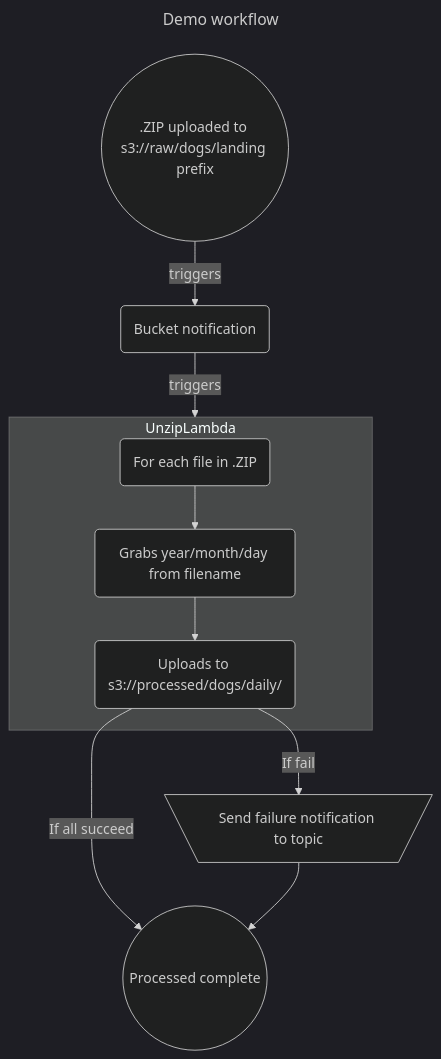
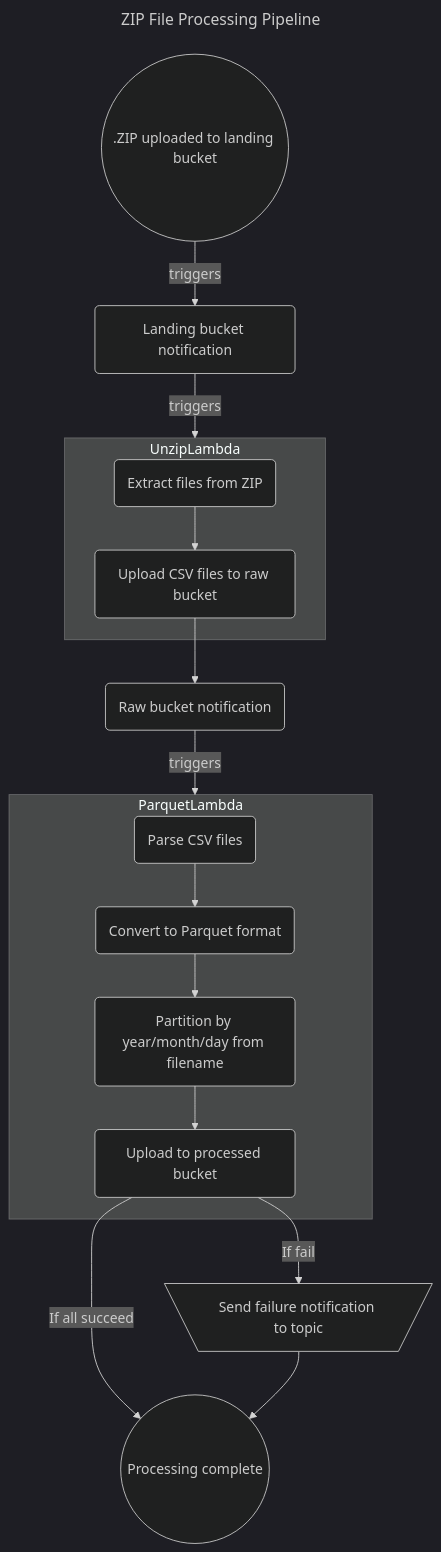
The second of 2 diagrams in README.md (sudoblark/sudoblark.terraform.modularised-demo), drawn with Mermaid (dark theme) before and after one commit. The commit also changed other lines of this file and 28 other files, not shown here.

````diff
--- a/README.md
+++ b/README.md
@@ -190,27 +287,39 @@
 ```mermaid
 ---
-title: Demo workflow
+title: ZIP File Processing Pipeline
 ---
 flowchart TD
-    start((.ZIP uploaded to s3://raw/dogs/landing prefix))
-    bucketNotification(Bucket notification)
+    start((.ZIP uploaded to landing bucket))
+    notification1(Landing bucket notification)
 
     subgraph UnzipLambda
-        lambdaStart(For each file in .ZIP)
-        startPartition(Grabs year/month/day from filename)
-        uploads(Uploads to s3://processed/dogs/daily/<partition>)
+        unzipStart(Extract files from ZIP)
+        uploadRaw(Upload CSV files to raw bucket)
+    end
 
+    notification2(Raw bucket notification)
+
+    subgraph ParquetLambda
+        parseCSV(Parse CSV files)
+        convertParquet(Convert to Parquet format)
+        partitionData(Partition by year/month/day from filename)
+        uploadProcessed(Upload to processed bucket)
     end
 
     sns[\Send failure notification to topic/]
-    endNode((Processed complete))
+    endNode((Processing complete))
 
-    start -- triggers --> bucketNotification
-    bucketNotification -- triggers --> UnzipLambda
+    start -- triggers --> notification1
+    notification1 -- triggers --> UnzipLambda
 
-    lambdaStart --> startPartition
-    startPartition --> uploads
-    uploads -- If all succeed --> endNode
-    uploads -- If fail --> sns
+    unzipStart --> uploadRaw
+    uploadRaw --> notification2
+    notification2 -- triggers --> ParquetLambda
+
+    parseCSV --> convertParquet
+    convertParquet --> partitionData
+    partitionData --> uploadProcessed
+    uploadProcessed -- If all succeed --> endNode
+    uploadProcessed -- If fail --> sns
     sns --> endNode
 ```
````
